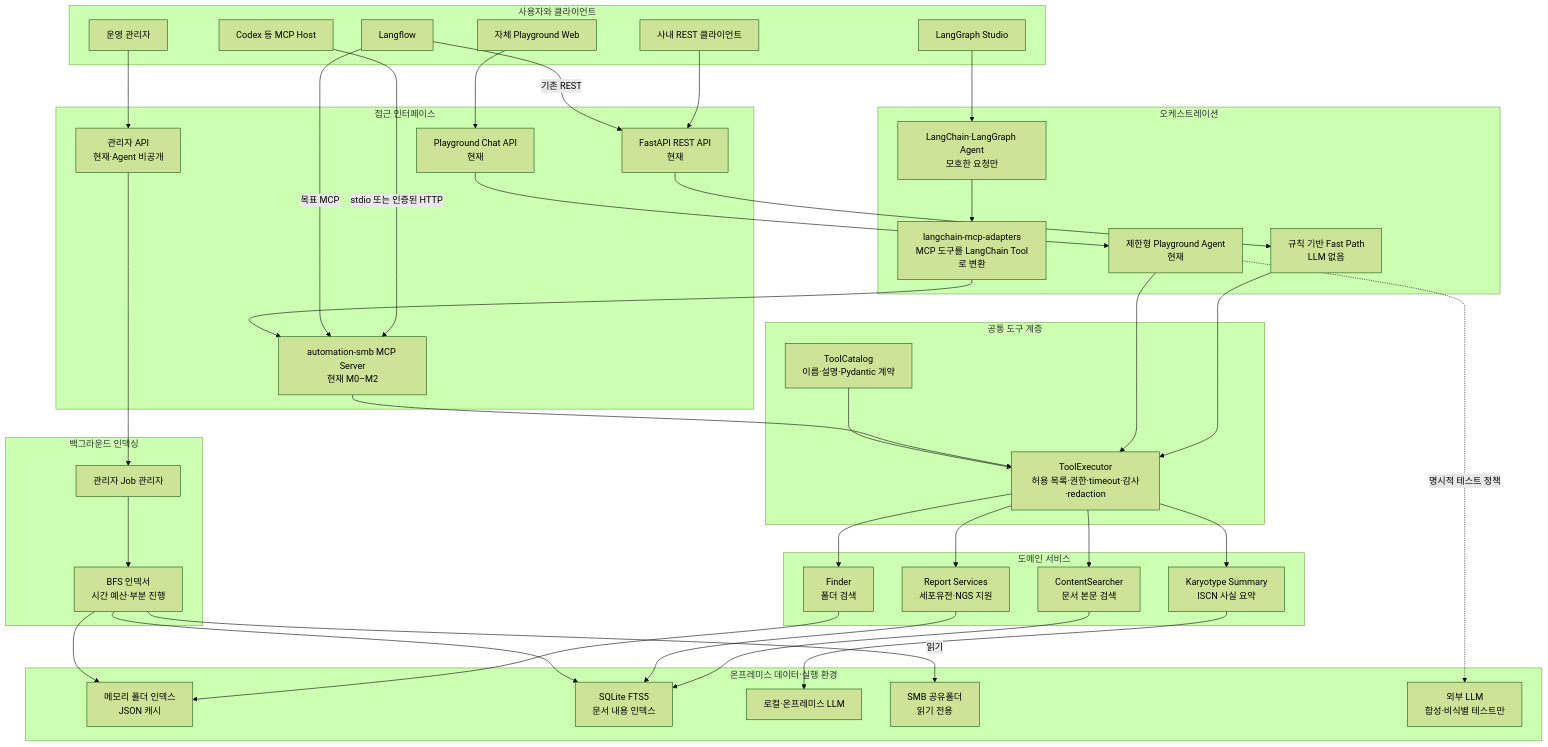
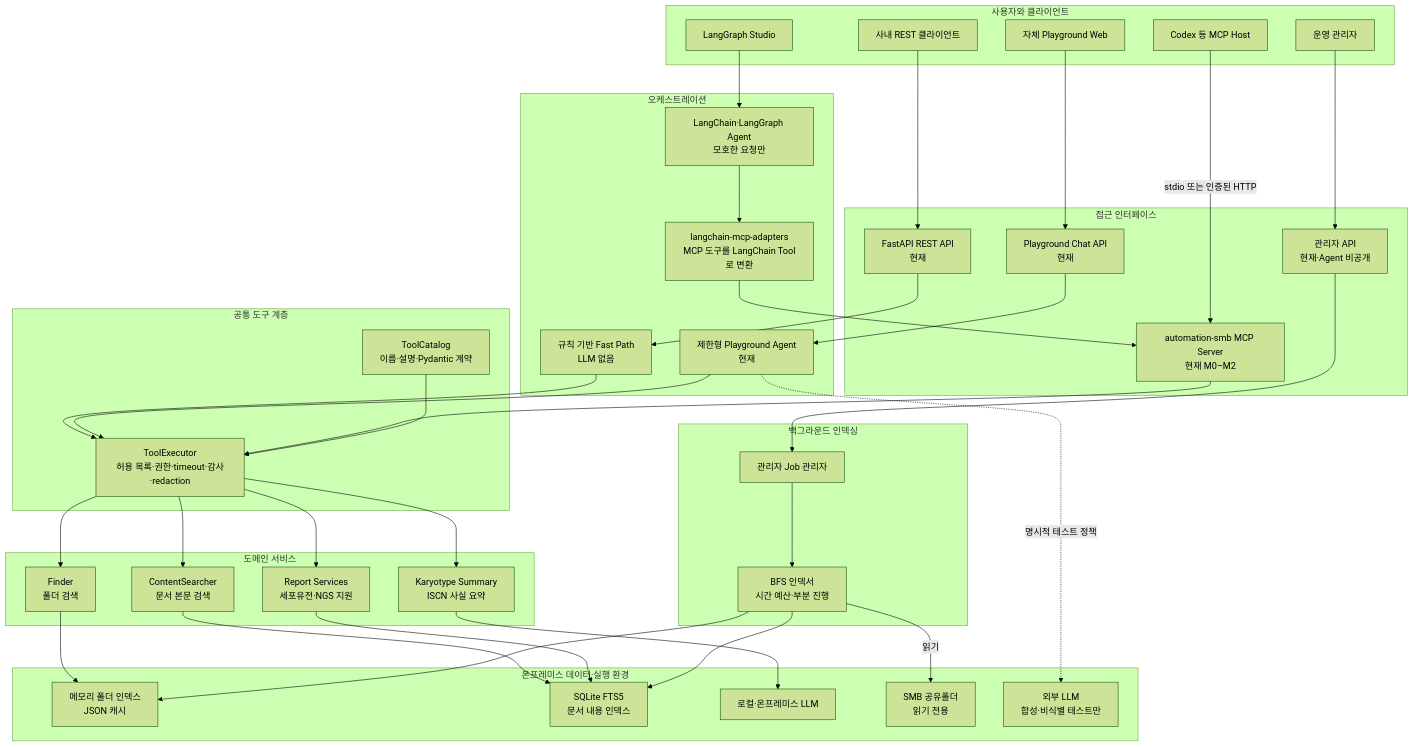
The first of 5 diagrams in docs/TOOL_MCP_LANGCHAIN_ARCHITECTURE.md (studyhard01/automation_smb), drawn with Mermaid (forest theme) before and after one commit. The commit also changed other lines of this file and 46 other files, not shown here.

```diff
--- a/docs/TOOL_MCP_LANGCHAIN_ARCHITECTURE.md
+++ b/docs/TOOL_MCP_LANGCHAIN_ARCHITECTURE.md
@@ -52,7 +53,6 @@
         web["자체 Playground Web"]
         restClient["사내 REST 클라이언트"]
         mcpHost["Codex 등 MCP Host"]
-        langflow["Langflow"]
         studio["LangGraph Studio"]
         admin["운영 관리자"]
     end
@@ -99,8 +99,6 @@
     web --> playgroundApi
     restClient --> fastapi
     mcpHost -->|"stdio 또는 인증된 HTTP"| mcpServer
-    langflow -->|"기존 REST"| fastapi
-    langflow -->|"목표 MCP"| mcpServer
     studio --> langchainAgent
     admin --> adminApi
 
```
